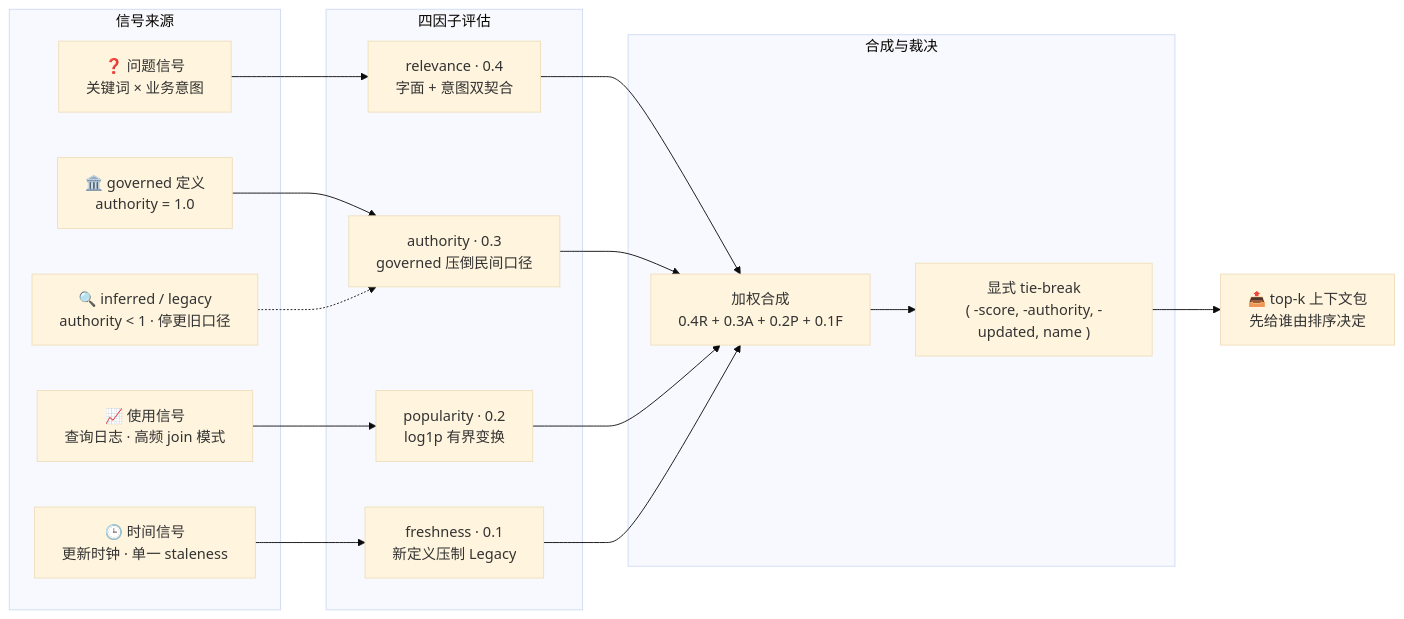
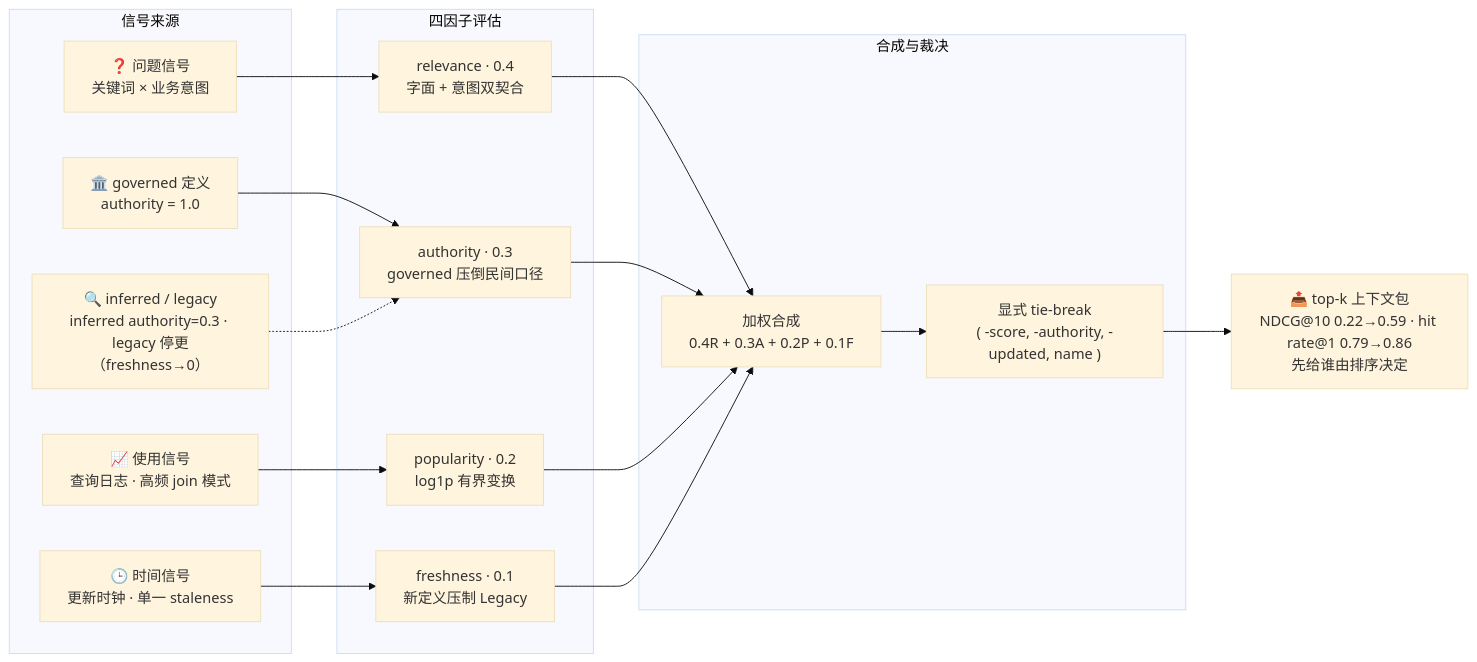
Before and after one commit to ThreeFish-AI/negentropy: the diagram in docs/assets/mermaid/cognitive-context/horizon-context--four-factor-ranking.mmd, drawn with Mermaid (base theme). The commit also changed 35 other files, not shown here.

```diff
--- a/docs/assets/mermaid/cognitive-context/horizon-context--four-factor-ranking.mmd
+++ b/docs/assets/mermaid/cognitive-context/horizon-context--four-factor-ranking.mmd
@@ -1,34 +1,35 @@
-%%source: docs/research/cognitive-context/011-horizon-context.md#blockM6 (L366-L399, §8 M6 · 信号排序)
+%%source: docs/research/cognitive-context/011-horizon-context.md#blockM6 (L405-L422, §8 M6 · 信号排序)
 %%slug: cognitive-context/horizon-context--four-factor-ranking
 %%type: dataflow
 %%derived: archify dataflow v1, authored from source mermaid
+%% fix: (2026-09-15 校准) ① INF 节点「authority < 1」对 legacy 是事实错误——lab 实测 inferred authority=0.3、legacy authority=1.0 靠 freshness→0 隔离（horizon_context_lab.py L675，selftest C5）；② TOPK 补唯一官方量化证据 NDCG@10 / hit rate@1 分层增益（Cortex Search 工程博客，正文 M6）；③ %%source 行号更新为 L405-L422
 flowchart LR
     subgraph "信号来源"
         Q["❓ 问题信号<br/>关键词 × 业务意图"]
         GOV["🏛️ governed 定义<br/>authority = 1.0"]
-        INF["🔍 inferred / legacy<br/>authority < 1 · 停更旧口径"]
+        INF["🔍 inferred / legacy<br/>inferred authority=0.3 · legacy 停更（freshness→0）"]
         USE["📈 使用信号<br/>查询日志 · 高频 join 模式"]
         TM["🕒 时间信号<br/>更新时钟 · 单一 staleness"]
     end
     subgraph "四因子评估"
         REL["relevance · 0.4<br/>字面 + 意图双契合"]
         AUT["authority · 0.3<br/>governed 压倒民间口径"]
         POP["popularity · 0.2<br/>log1p 有界变换"]
         FRE["freshness · 0.1<br/>新定义压制 Legacy"]
     end
     subgraph "合成与裁决"
         SC["加权合成<br/>0.4R + 0.3A + 0.2P + 0.1F"]
         TB["显式 tie-break<br/>( -score, -authority, -updated, name )"]
     end
-    TOPK["📤 top-k 上下文包<br/>先给谁由排序决定"]
+    TOPK["📤 top-k 上下文包<br/>NDCG@10 0.22→0.59 · hit rate@1 0.79→0.86<br/>先给谁由排序决定"]
     Q --> REL
     GOV --> AUT
     INF -.-> AUT
     USE --> POP
     TM --> FRE
     REL --> SC
     AUT --> SC
     POP --> SC
     FRE --> SC
     SC --> TB
     TB --> TOPK
```
